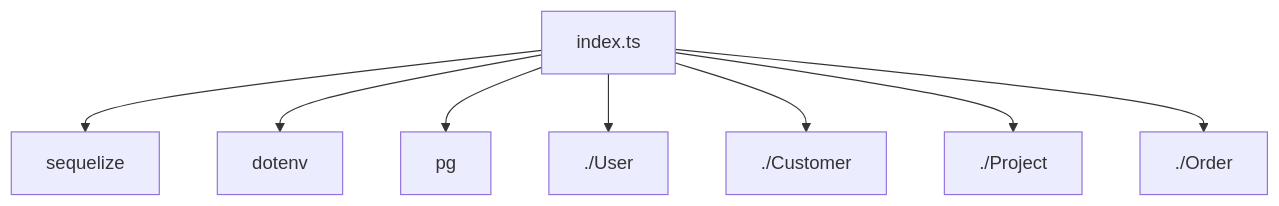
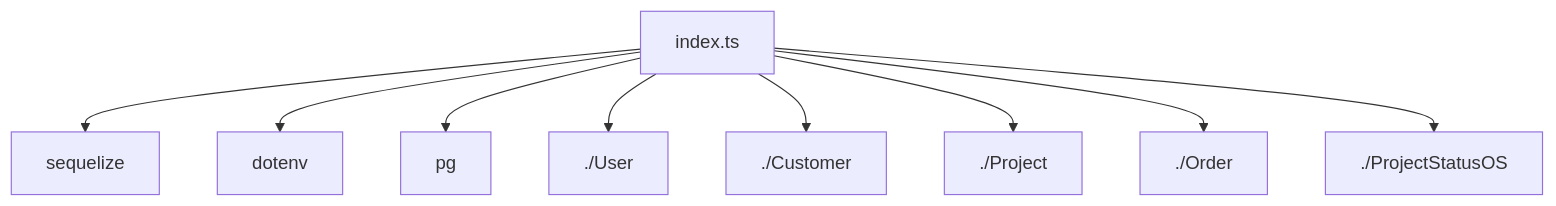
Before and after one commit to alcompstudio/studio-current: the diagram in docs/components/lib/models/index.md, drawn with Mermaid. The commit also changed 102 other files, not shown here.

````diff
--- a/docs/components/lib/models/index.md
+++ b/docs/components/lib/models/index.md
@@ -7,18 +7,20 @@
 ```mermaid
 flowchart TD
     index_ts[index.ts]
     sequelize[sequelize]
     index_ts --> sequelize
     dotenv[dotenv]
     index_ts --> dotenv
     pg[pg]
     index_ts --> pg
     User[./User]
     index_ts --> User
     Customer[./Customer]
     index_ts --> Customer
     Project[./Project]
     index_ts --> Project
     Order[./Order]
     index_ts --> Order
+    ProjectStatusOS[./ProjectStatusOS]
+    index_ts --> ProjectStatusOS
 ```
````
